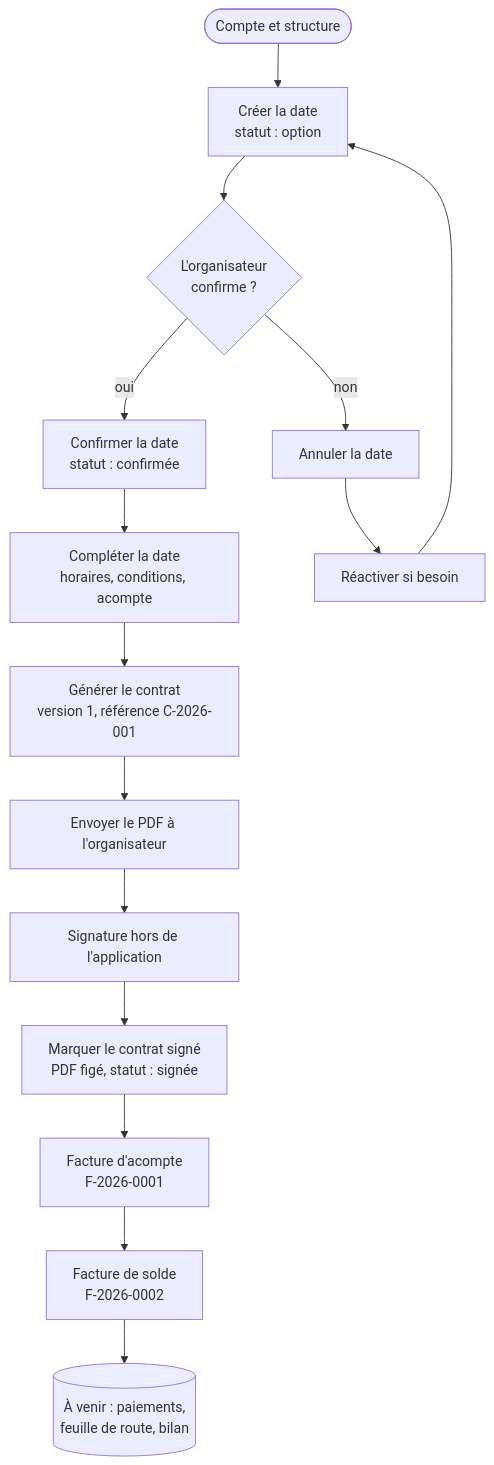
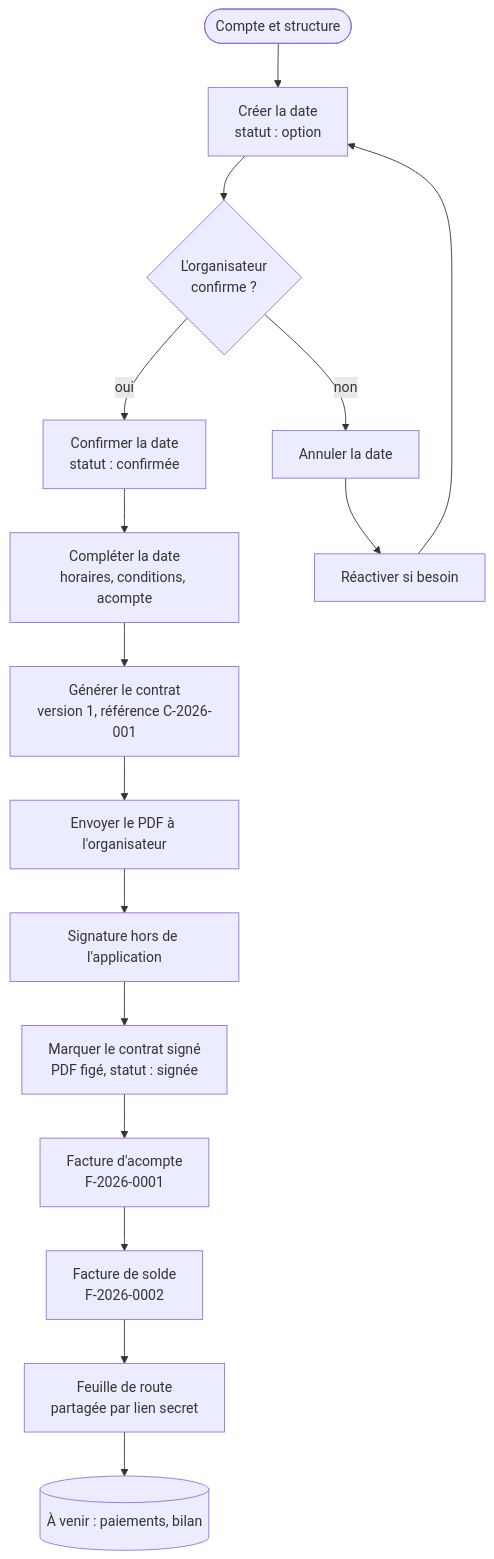
The second of 15 diagrams in docs/09-cas-d-usage-et-diagrammes.md (GaetanCSimplon/spectacle_vivant), drawn with Mermaid before and after one commit. The commit also changed other lines of this file and 13 other files, not shown here.

Commit message:
Add public roadmap page and PDF export

````diff
--- a/docs/09-cas-d-usage-et-diagrammes.md
+++ b/docs/09-cas-d-usage-et-diagrammes.md
@@ -114,17 +114,18 @@
 ```mermaid
 flowchart TD
     A([Compte et structure]) --> B[Créer la date<br/>statut : option]
     B --> C{L'organisateur<br/>confirme ?}
     C -- non --> X[Annuler la date]
     C -- oui --> D[Confirmer la date<br/>statut : confirmée]
     D --> E[Compléter la date<br/>horaires, conditions, acompte]
     E --> F[Générer le contrat<br/>version 1, référence C-2026-001]
     F --> G[Envoyer le PDF à l'organisateur]
     G --> H[Signature hors de l'application]
     H --> I[Marquer le contrat signé<br/>PDF figé, statut : signée]
     I --> J[Facture d'acompte<br/>F-2026-0001]
     J --> K[Facture de solde<br/>F-2026-0002]
-    K --> L[("À venir : paiements,<br/>feuille de route, bilan")]
+    K --> M[Feuille de route<br/>partagée par lien secret]
+    M --> L[("À venir : paiements, bilan")]
     X --> R[Réactiver si besoin]
     R --> B
 ```
````
